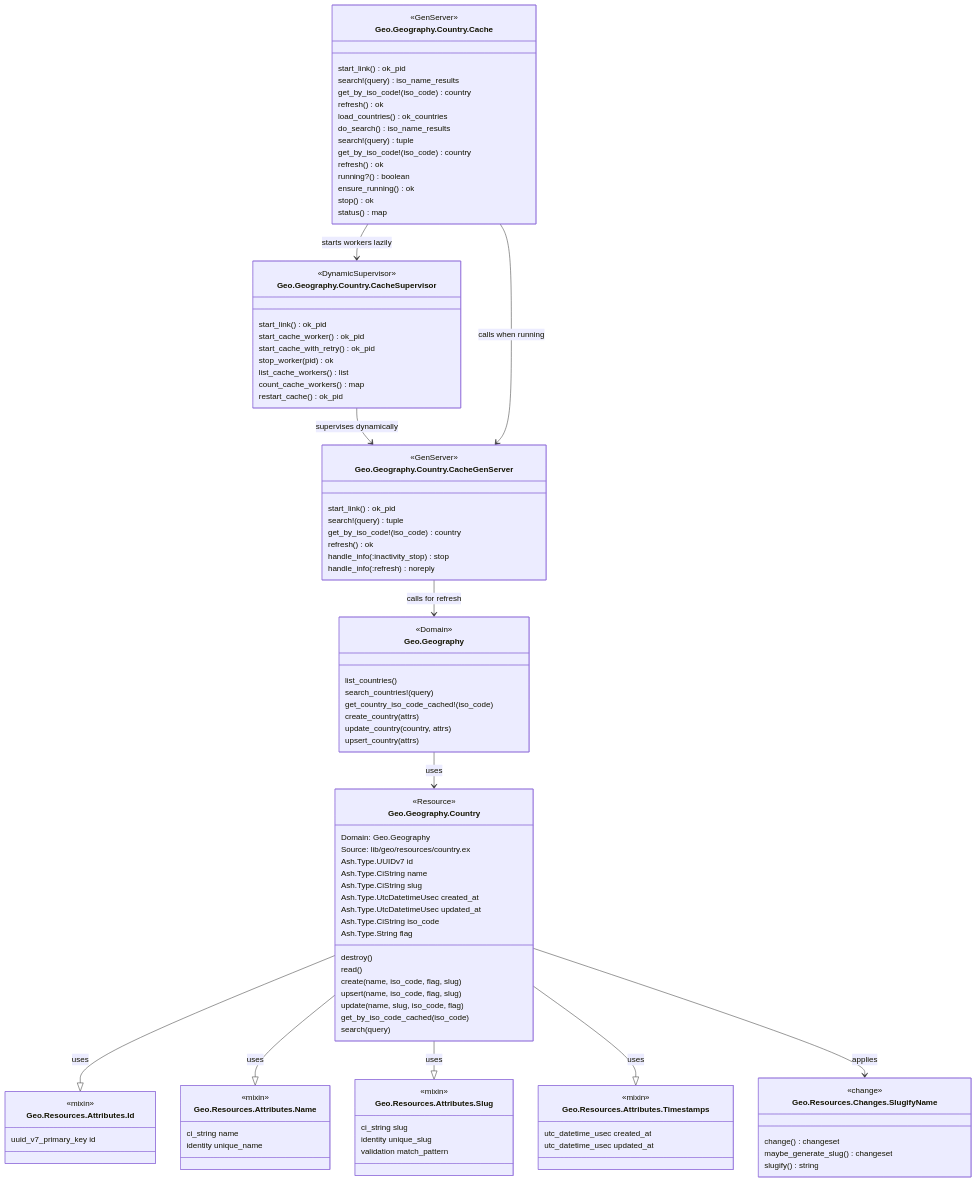
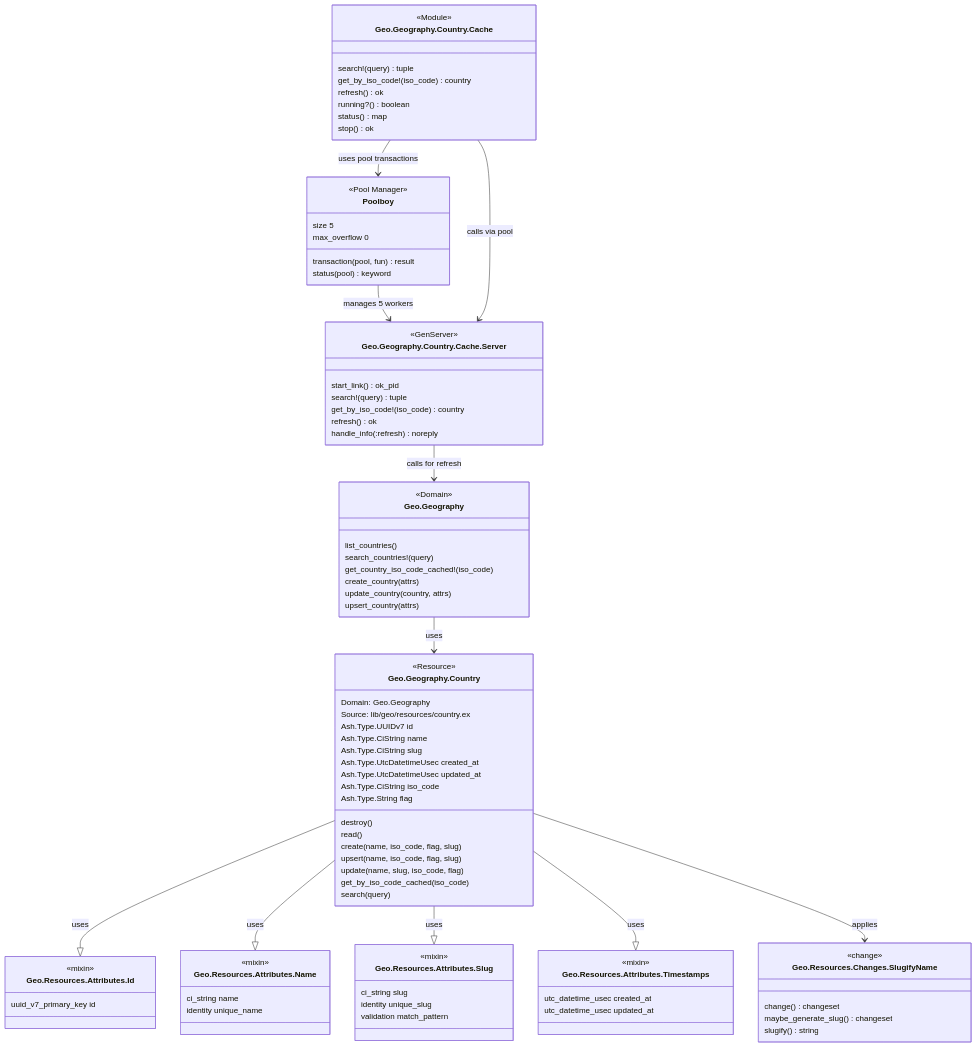
Before and after one commit to dev-guy/geo: the first of 6 diagrams in README.md, drawn with Mermaid. The commit also changed other lines of this file and 19 other files, not shown here.

Commit message:
Refactor search results and country cache (#54)

````diff
--- a/README.md
+++ b/README.md
@@ -241,45 +241,30 @@
     }
     
     class Geo.Geography.Country.Cache {
-        <<GenServer>>
-        start_link() ok_pid
-        search!(query) iso_name_results
-        get_by_iso_code!(iso_code) country
-        refresh() ok
-        load_countries() ok_countries
-        do_search() iso_name_results
-    }
-    
-    class Geo.Geography.Country.CacheSupervisor {
-        <<DynamicSupervisor>>
-        start_link() ok_pid
-        start_cache_worker() ok_pid
-        start_cache_with_retry() ok_pid
-        stop_worker(pid) ok
-        list_cache_workers() list
-        count_cache_workers() map
-        restart_cache() ok_pid
-    }
-    
-    class Geo.Geography.Country.Cache {
         <<Module>>
         search!(query) tuple
         get_by_iso_code!(iso_code) country
         refresh() ok
         running?() boolean
-        ensure_running() ok
+        status() map
         stop() ok
-        status() map
     }
     
-    class Geo.Geography.Country.CacheGenServer {
+    class Geo.Geography.Country.Cache.Server {
         <<GenServer>>
         start_link() ok_pid
         search!(query) tuple
         get_by_iso_code!(iso_code) country
         refresh() ok
-        handle_info(:inactivity_stop) stop
         handle_info(:refresh) noreply
+    }
+    
+    class Poolboy {
+        <<Pool Manager>>
+        transaction(pool, fun) result
+        status(pool) keyword
+        size 5
+        max_overflow 0
     }
     
     Geo.Geography --> Geo.Geography.Country : uses
@@ -288,8 +273,8 @@
     Geo.Geography.Country --|> Geo.Resources.Attributes.Slug : uses
     Geo.Geography.Country --|> Geo.Resources.Attributes.Timestamps : uses
     Geo.Geography.Country --> Geo.Resources.Changes.SlugifyName : applies
-    Geo.Geography.Country.CacheGenServer --> Geo.Geography : calls for refresh
-    Geo.Geography.Country.CacheSupervisor --> Geo.Geography.Country.CacheGenServer : supervises dynamically
-    Geo.Geography.Country.Cache --> Geo.Geography.Country.CacheSupervisor : starts workers lazily
-    Geo.Geography.Country.Cache --> Geo.Geography.Country.CacheGenServer : calls when running
+    Geo.Geography.Country.Cache.Server --> Geo.Geography : calls for refresh
+    Poolboy --> Geo.Geography.Country.Cache.Server : manages 5 workers
+    Geo.Geography.Country.Cache --> Poolboy : uses pool transactions
+    Geo.Geography.Country.Cache --> Geo.Geography.Country.Cache.Server : calls via pool
 ```
````
